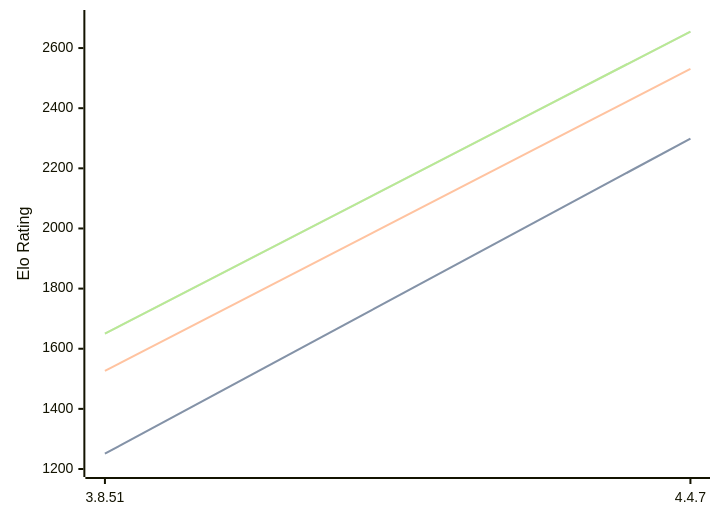
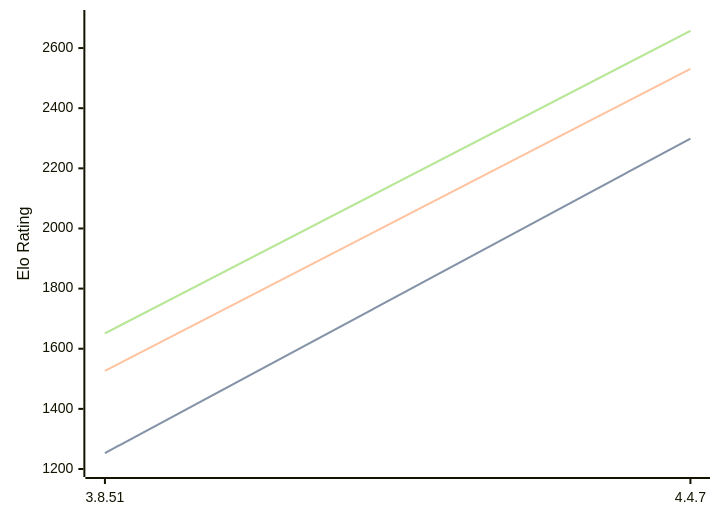
One commit to computer-chess-index/cci changed the diagram in engines/Scoria.md. Above: the diagram before and after it, drawn with Mermaid. The commit also changed other lines of this file, not shown here.

Commit message:
Update CCI Ratings (ELO VLTC) - 2026-09-16

````diff
--- a/engines/Scoria.md
+++ b/engines/Scoria.md
@@ -32,11 +32,11 @@
 ```mermaid
 %%{init: {"theme":"base","themeVariables":{"seriesColors:['#a3a3a3','#222221','#faa371']}}}%%
 xychart-beta
   x-axis ["3.8.51", "4.4.7"]
   y-axis "Elo Rating" 1200 --> 2700
-  line "" [1251, 2299]
-  line "STC (8.0+0.08s)" [1251, 2299]
+  line "" [1253, 2299]
+  line "STC (8.0+0.08s)" [1253, 2299]
   line "LTC (60.0+0.60s)" [1526, 2531]
-  line "" [1650, 2655]
-  line "VLTC (2m24s+1.12s)" [1650, 2655]
+  line "" [1651, 2657]
+  line "VLTC (2m24s+1.12s)" [1651, 2657]
 ```
````
